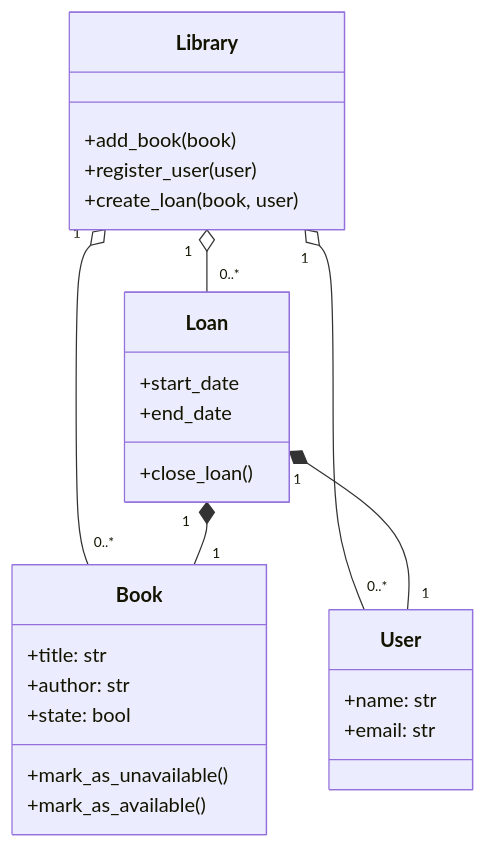
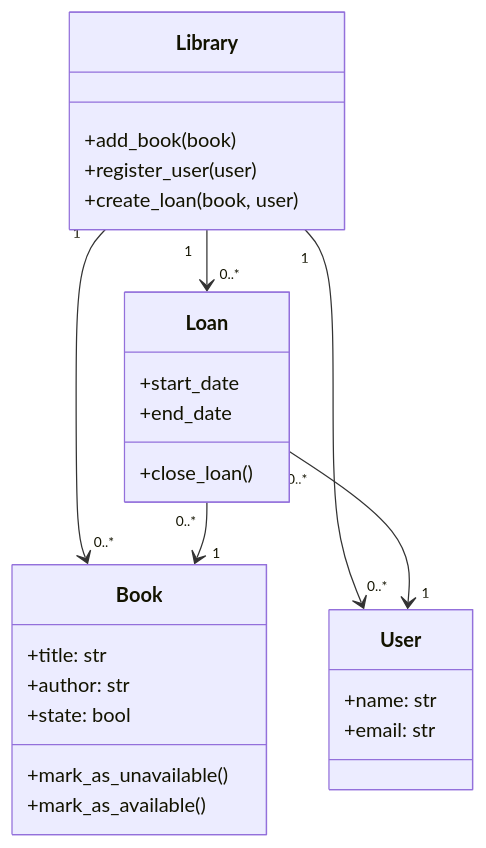
The diagram in uml_intro/0-class_diagram.mmd (rhilesfekkai/sw_design_architecture), drawn with Mermaid before and after one commit.

Commit message:
Fix library class diagram

```diff
--- a/uml_intro/0-class_diagram.mmd
+++ b/uml_intro/0-class_diagram.mmd
@@ -1,31 +1,31 @@
 classDiagram
     class Library {
         +add_book(book)
         +register_user(user)
         +create_loan(book, user)
     }
 
     class Book {
         +title: str
         +author: str
         +state: bool
         +mark_as_unavailable()
         +mark_as_available()
     }
 
     class User {
         +name: str
         +email: str
     }
 
     class Loan {
         +start_date
         +end_date
         +close_loan()
     }
 
-    Library "1" o-- "0..*" Book
-    Library "1" o-- "0..*" User
-    Library "1" o-- "0..*" Loan
-    Loan "1" *-- "1" Book
-    Loan "1" *-- "1" User
+    Library "1" --> "0..*" Book
+    Library "1" --> "0..*" User
+    Library "1" --> "0..*" Loan
+    Loan "0..*" --> "1" Book
+    Loan "0..*" --> "1" User
```
